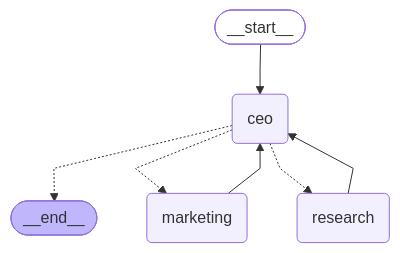
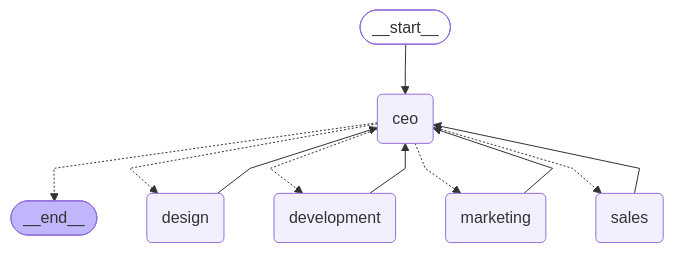
One commit to idanbe/AI-Agent-Design-Patterns changed the second of 2 diagrams in agent_patterns/p17_hierarchical_teams/README.md. Above: the diagram before and after it, drawn with Mermaid. The commit also changed other lines of this file and 4 other files, not shown here.

````diff
--- a/agent_patterns/p17_hierarchical_teams/README.md
+++ b/agent_patterns/p17_hierarchical_teams/README.md
@@ -54,22 +65,28 @@
 ```mermaid
 ---
 config:
   flowchart:
     curve: linear
 ---
 graph TD;
 	__start__([<p>__start__</p>]):::first
 	ceo(ceo)
-	research(research)
+	design(design)
+	development(development)
 	marketing(marketing)
+	sales(sales)
 	__end__([<p>__end__</p>]):::last
 	__start__ --> ceo;
 	ceo -.-> __end__;
+	ceo -.-> design;
+	ceo -.-> development;
 	ceo -.-> marketing;
-	ceo -.-> research;
+	ceo -.-> sales;
+	design --> ceo;
+	development --> ceo;
 	marketing --> ceo;
-	research --> ceo;
+	sales --> ceo;
 	classDef default fill:#f2f0ff,line-height:1.2
 	classDef first fill-opacity:0
 	classDef last fill:#bfb6fc
 ```
````
